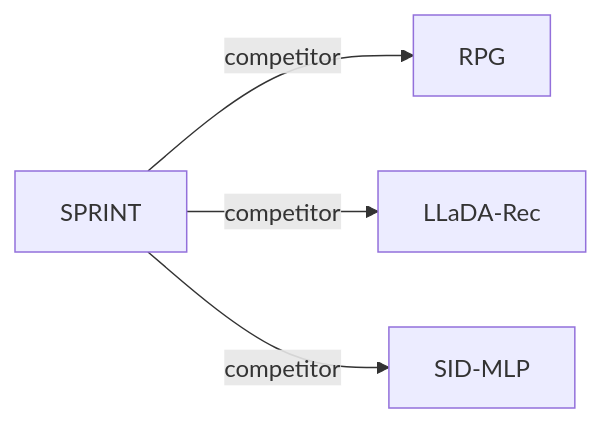
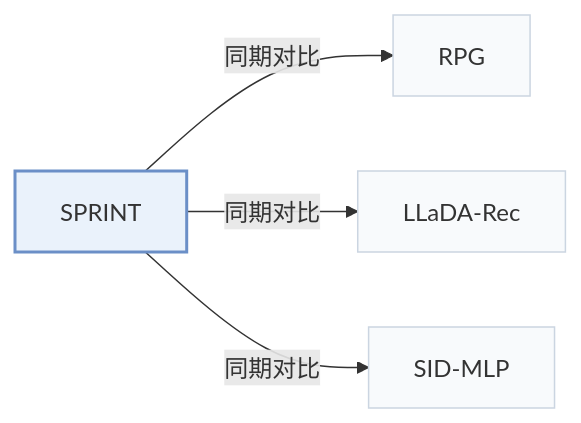
The second of 2 diagrams in pages/zh/papers/sprint.md (Galaxy-ghost/Awesome-SID-Generative-Rec), drawn with Mermaid before and after one commit. The commit also changed other lines of this file and 649 other files, not shown here.

Commit message:
writer-05: also tags and modality index (schema, check, build, visuals); summary field removed; calibration data for 12 papers

````diff
--- a/pages/zh/papers/sprint.md
+++ b/pages/zh/papers/sprint.md
@@ -67,7 +74,11 @@
 ```mermaid
 flowchart LR
     P["SPRINT"]
-    P -->|competitor| A["RPG"]
-    P -->|competitor| B["LLaDA-Rec"]
-    P -->|competitor| C["SID-MLP"]
+    P -->|"同期对比"| A["RPG"]
+    P -->|"同期对比"| B["LLaDA-Rec"]
+    P -->|"同期对比"| C["SID-MLP"]
+    classDef main fill:#eaf2fb,stroke:#6b8fc7,stroke-width:2px
+    classDef peer fill:#f8fafc,stroke:#cbd5e1
+    class P main
+    class A,B,C peer
 ```
````
